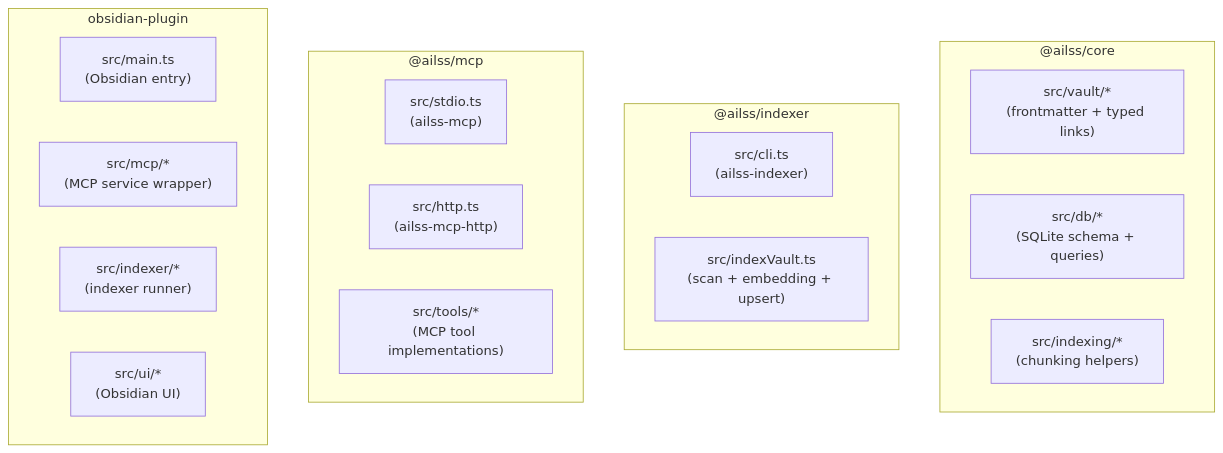
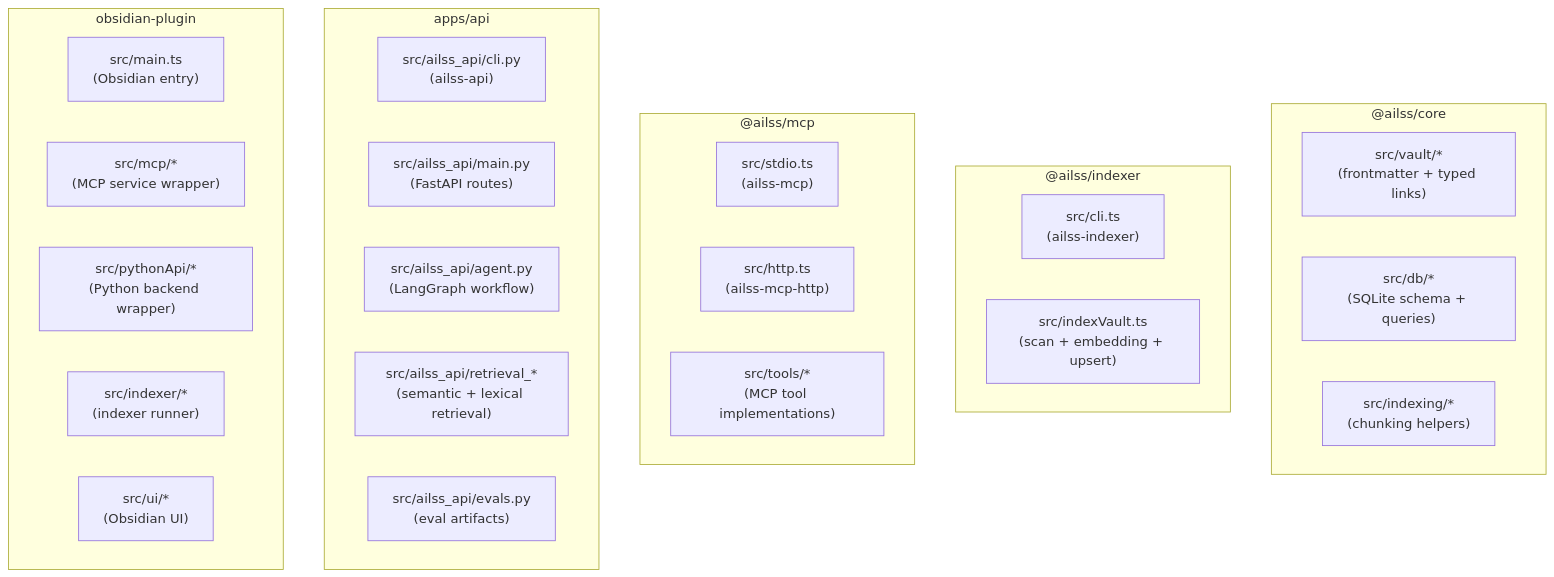
The third of 3 diagrams in README.md (maehwasoo/AILSS), drawn with Mermaid before and after one commit. The commit also changed other lines of this file and 3 other files, not shown here.

Commit message:
docs(monorepo): sync runtime docs with Python backend

````diff
--- a/README.md
+++ b/README.md
@@ -79,26 +84,35 @@
 ```mermaid
 flowchart TB
   subgraph core["@ailss/core"]
     core_vault["src/vault/*<br/>(frontmatter + typed links)"]
     core_db["src/db/*<br/>(SQLite schema + queries)"]
     core_indexing["src/indexing/*<br/>(chunking helpers)"]
   end
 
   subgraph indexer["@ailss/indexer"]
     indexer_cli["src/cli.ts<br/>(ailss-indexer)"]
     indexer_flow["src/indexVault.ts<br/>(scan + embedding + upsert)"]
   end
 
   subgraph mcp["@ailss/mcp"]
     mcp_stdio["src/stdio.ts<br/>(ailss-mcp)"]
     mcp_http["src/http.ts<br/>(ailss-mcp-http)"]
     mcp_tools["src/tools/*<br/>(MCP tool implementations)"]
   end
 
+  subgraph api["apps/api"]
+    api_cli["src/ailss_api/cli.py<br/>(ailss-api)"]
+    api_main["src/ailss_api/main.py<br/>(FastAPI routes)"]
+    api_agent["src/ailss_api/agent.py<br/>(LangGraph workflow)"]
+    api_retrieval["src/ailss_api/retrieval_*<br/>(semantic + lexical retrieval)"]
+    api_eval["src/ailss_api/evals.py<br/>(eval artifacts)"]
+  end
+
   subgraph plugin["obsidian-plugin"]
     plugin_main["src/main.ts<br/>(Obsidian entry)"]
     plugin_mcp["src/mcp/*<br/>(MCP service wrapper)"]
+    plugin_python["src/pythonApi/*<br/>(Python backend wrapper)"]
     plugin_indexer["src/indexer/*<br/>(indexer runner)"]
     plugin_ui["src/ui/*<br/>(Obsidian UI)"]
   end
 ```
````
